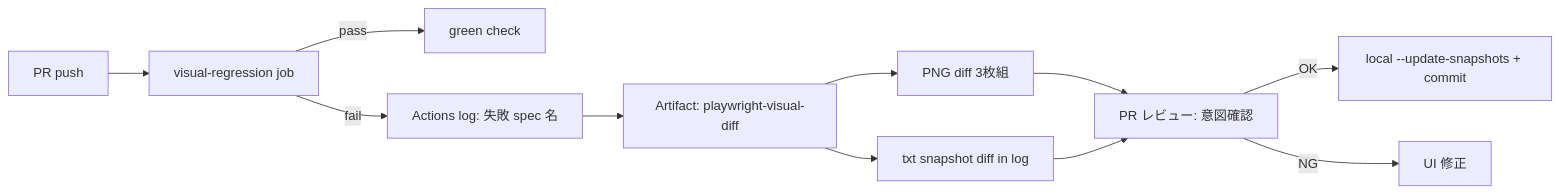
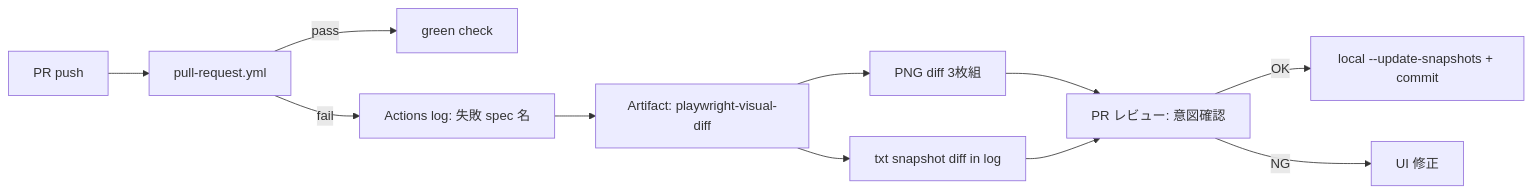
One commit to felix-jp-studio/blog-affiliate-pipeline changed the diagram in docs/playwright-visual-implementation-design.md. Above: the diagram before and after it, drawn with Mermaid. The commit also changed other lines of this file and 18 other files, not shown here.

First line of the commit message:
feat(site): Playwright hybrid visual regression P0 (#33)

````diff
--- a/docs/playwright-visual-implementation-design.md
+++ b/docs/playwright-visual-implementation-design.md
@@ -250,13 +267,13 @@
 ```mermaid
 flowchart LR
-  A[PR push] --> B[visual-regression job]
+  A[PR push] --> B[pull-request.yml]
   B -->|pass| C[green check]
   B -->|fail| D[Actions log: 失敗 spec 名]
   D --> E[Artifact: playwright-visual-diff]
   E --> F[PNG diff 3枚組]
   E --> G[txt snapshot diff in log]
   F --> H[PR レビュー: 意図確認]
   G --> H
   H -->|OK| I[local --update-snapshots + commit]
   H -->|NG| J[UI 修正]
 ```
````
